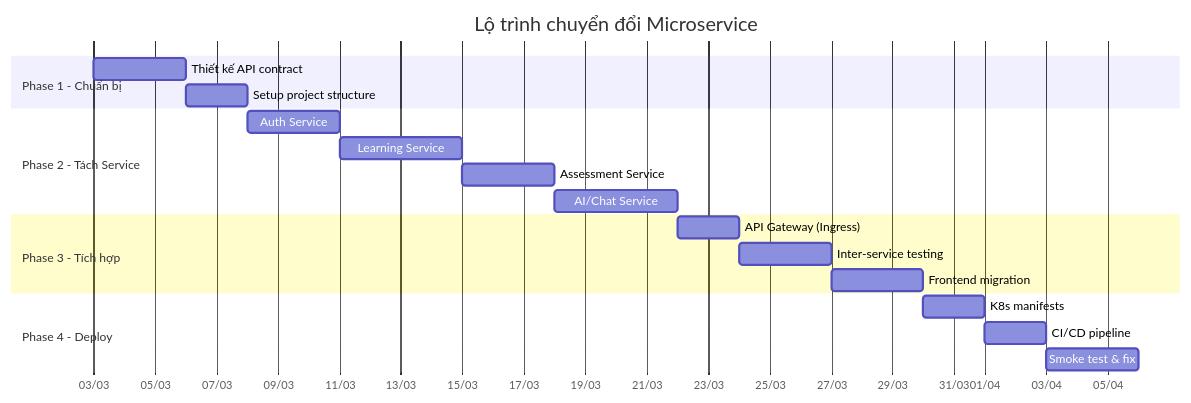
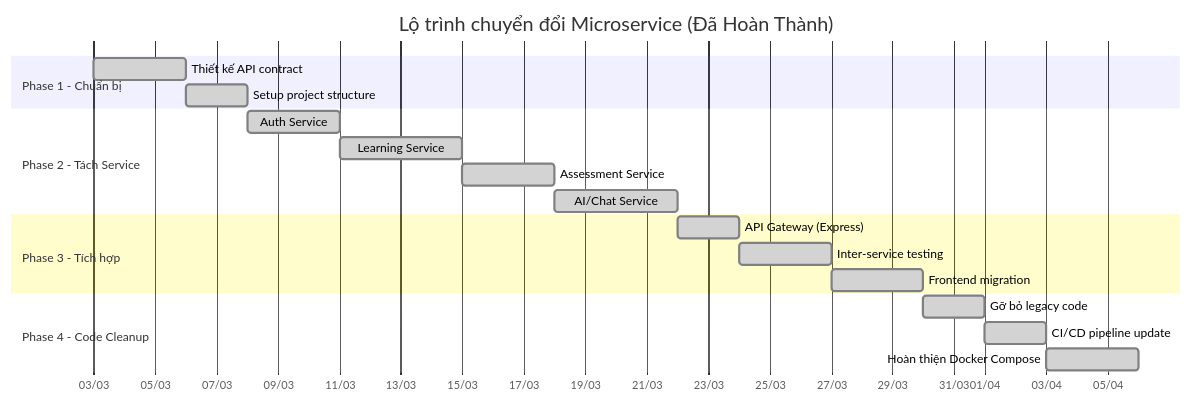
One commit to Sang20225664/AI-Tutor changed diagram 15 of 18 in MICROSERVICE_ARCHITECTURE.md. Above: the diagram before and after it, drawn with Mermaid. The commit also changed other lines of this file and 4 other files, not shown here.

Commit message:
docs: finalize microservice migration state in readme and architectural guides

````diff
--- a/MICROSERVICE_ARCHITECTURE.md
+++ b/MICROSERVICE_ARCHITECTURE.md
@@ -527,26 +564,26 @@
 ```mermaid
 gantt
-    title Lộ trình chuyển đổi Microservice
+    title Lộ trình chuyển đổi Microservice (Đã Hoàn Thành)
     dateFormat  YYYY-MM-DD
     axisFormat  %d/%m
 
     section Phase 1 - Chuẩn bị
-    Thiết kế API contract       :a1, 2026-03-03, 3d
-    Setup project structure     :a2, after a1, 2d
+    Thiết kế API contract       :done, a1, 2026-03-03, 3d
+    Setup project structure     :done, a2, after a1, 2d
 
     section Phase 2 - Tách Service
-    Auth Service               :b1, after a2, 3d
-    Learning Service           :b2, after b1, 4d
-    Assessment Service         :b3, after b2, 3d
-    AI/Chat Service            :b4, after b3, 4d
+    Auth Service               :done, b1, after a2, 3d
+    Learning Service           :done, b2, after b1, 4d
+    Assessment Service         :done, b3, after b2, 3d
+    AI/Chat Service            :done, b4, after b3, 4d
 
     section Phase 3 - Tích hợp
-    API Gateway (Ingress)      :c1, after b4, 2d
-    Inter-service testing      :c2, after c1, 3d
-    Frontend migration         :c3, after c2, 3d
+    API Gateway (Express)      :done, c1, after b4, 2d
+    Inter-service testing      :done, c2, after c1, 3d
+    Frontend migration         :done, c3, after c2, 3d
 
-    section Phase 4 - Deploy
-    K8s manifests              :d1, after c3, 2d
-    CI/CD pipeline             :d2, after d1, 2d
-    Smoke test & fix           :d3, after d2, 3d
+    section Phase 4 - Code Cleanup
+    Gỡ bỏ legacy code          :done, d1, after c3, 2d
+    CI/CD pipeline update      :done, d2, after d1, 2d
+    Hoàn thiện Docker Compose  :done, d3, after d2, 3d
 ```
````
